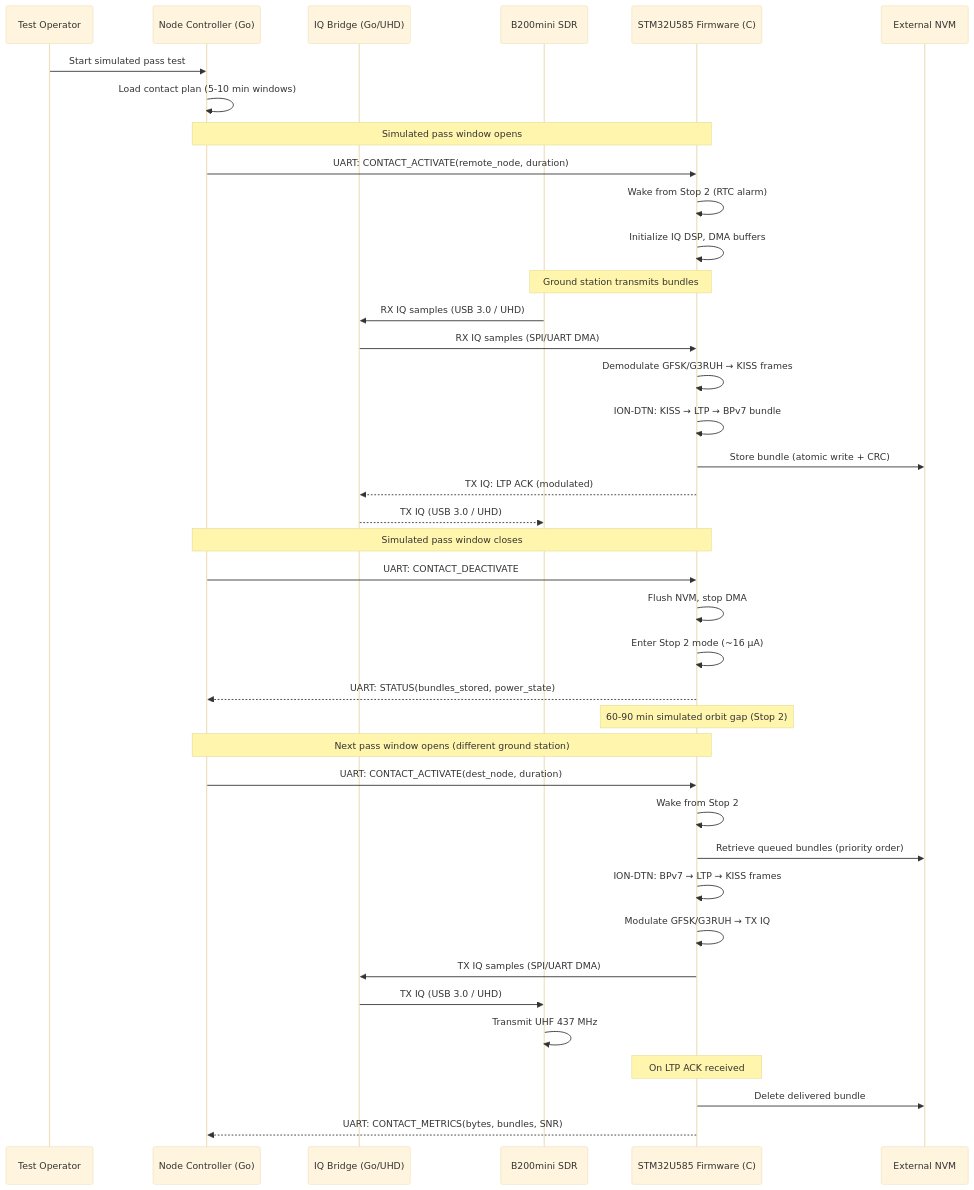
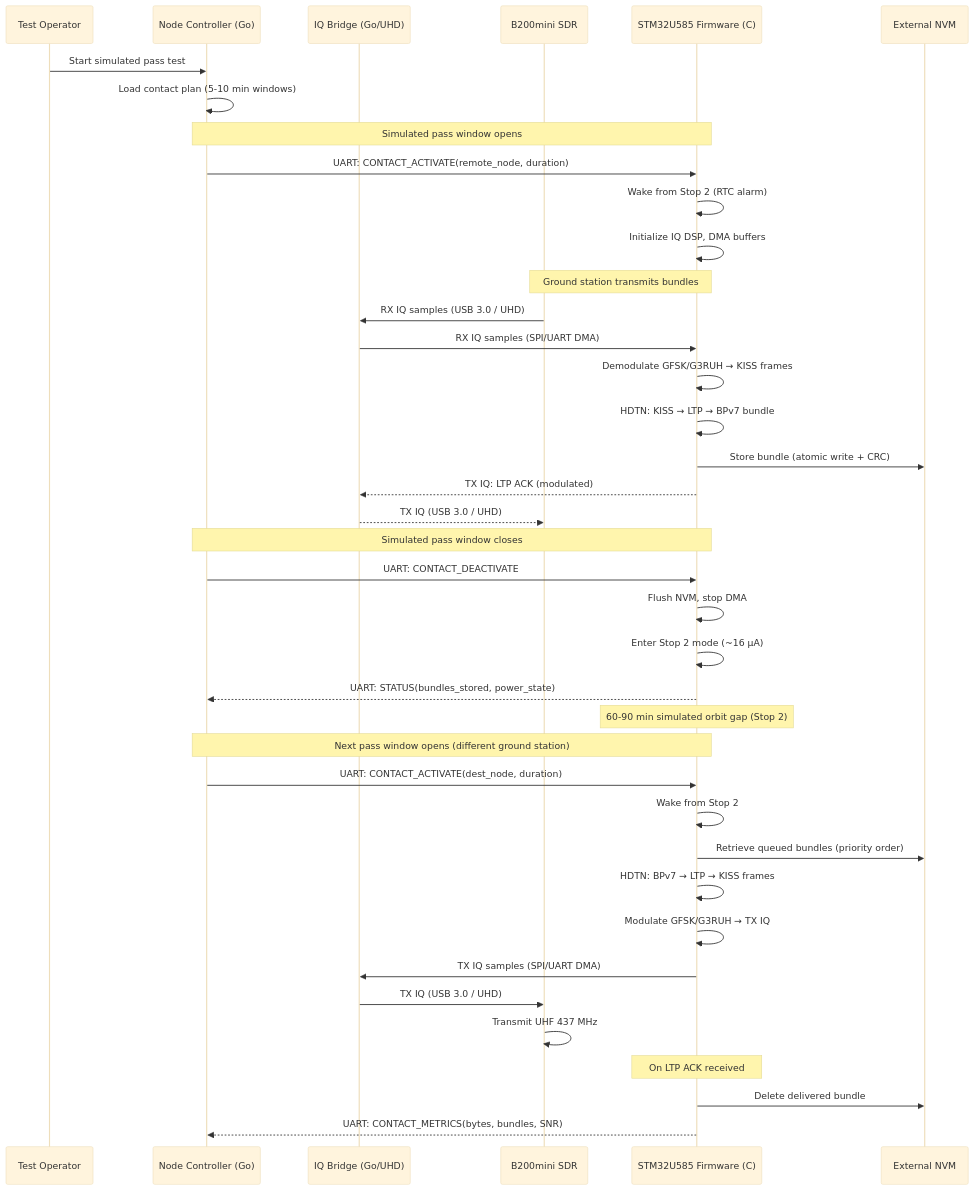
The fourth of 6 diagrams in docs/cubesat-em-phase2/design.md (g4dpz/cislunar_proposal), drawn with Mermaid (base theme) before and after one commit. The commit also changed other lines of this file and 18 other files, not shown here.

Commit message:
Migrate from ION-DTN to HDTN across all specs and website

````diff
--- a/docs/cubesat-em-phase2/design.md
+++ b/docs/cubesat-em-phase2/design.md
@@ -131,48 +131,48 @@
 ```mermaid
 sequenceDiagram
     participant Op as Test Operator
     participant NC as Node Controller (Go)
     participant IQB as IQ Bridge (Go/UHD)
     participant B200 as B200mini SDR
     participant FW as STM32U585 Firmware (C)
     participant NVM as External NVM
 
     Op->>NC: Start simulated pass test
     NC->>NC: Load contact plan (5-10 min windows)
 
     Note over NC,FW: Simulated pass window opens
     NC->>FW: UART: CONTACT_ACTIVATE(remote_node, duration)
     FW->>FW: Wake from Stop 2 (RTC alarm)
     FW->>FW: Initialize IQ DSP, DMA buffers
 
     Note over B200,FW: Ground station transmits bundles
     B200->>IQB: RX IQ samples (USB 3.0 / UHD)
     IQB->>FW: RX IQ samples (SPI/UART DMA)
     FW->>FW: Demodulate GFSK/G3RUH → KISS frames
-    FW->>FW: ION-DTN: KISS → LTP → BPv7 bundle
+    FW->>FW: HDTN: KISS → LTP → BPv7 bundle
     FW->>NVM: Store bundle (atomic write + CRC)
     FW-->>IQB: TX IQ: LTP ACK (modulated)
     IQB-->>B200: TX IQ (USB 3.0 / UHD)
 
     Note over NC,FW: Simulated pass window closes
     NC->>FW: UART: CONTACT_DEACTIVATE
     FW->>FW: Flush NVM, stop DMA
     FW->>FW: Enter Stop 2 mode (~16 µA)
     FW-->>NC: UART: STATUS(bundles_stored, power_state)
 
     Note over FW: 60-90 min simulated orbit gap (Stop 2)
 
     Note over NC,FW: Next pass window opens (different ground station)
     NC->>FW: UART: CONTACT_ACTIVATE(dest_node, duration)
     FW->>FW: Wake from Stop 2
     FW->>NVM: Retrieve queued bundles (priority order)
-    FW->>FW: ION-DTN: BPv7 → LTP → KISS frames
+    FW->>FW: HDTN: BPv7 → LTP → KISS frames
     FW->>FW: Modulate GFSK/G3RUH → TX IQ
     FW->>IQB: TX IQ samples (SPI/UART DMA)
     IQB->>B200: TX IQ (USB 3.0 / UHD)
     B200->>B200: Transmit UHF 437 MHz
 
     Note over FW: On LTP ACK received
     FW->>NVM: Delete delivered bundle
     FW-->>NC: UART: CONTACT_METRICS(bytes, bundles, SNR)
 ```
````
